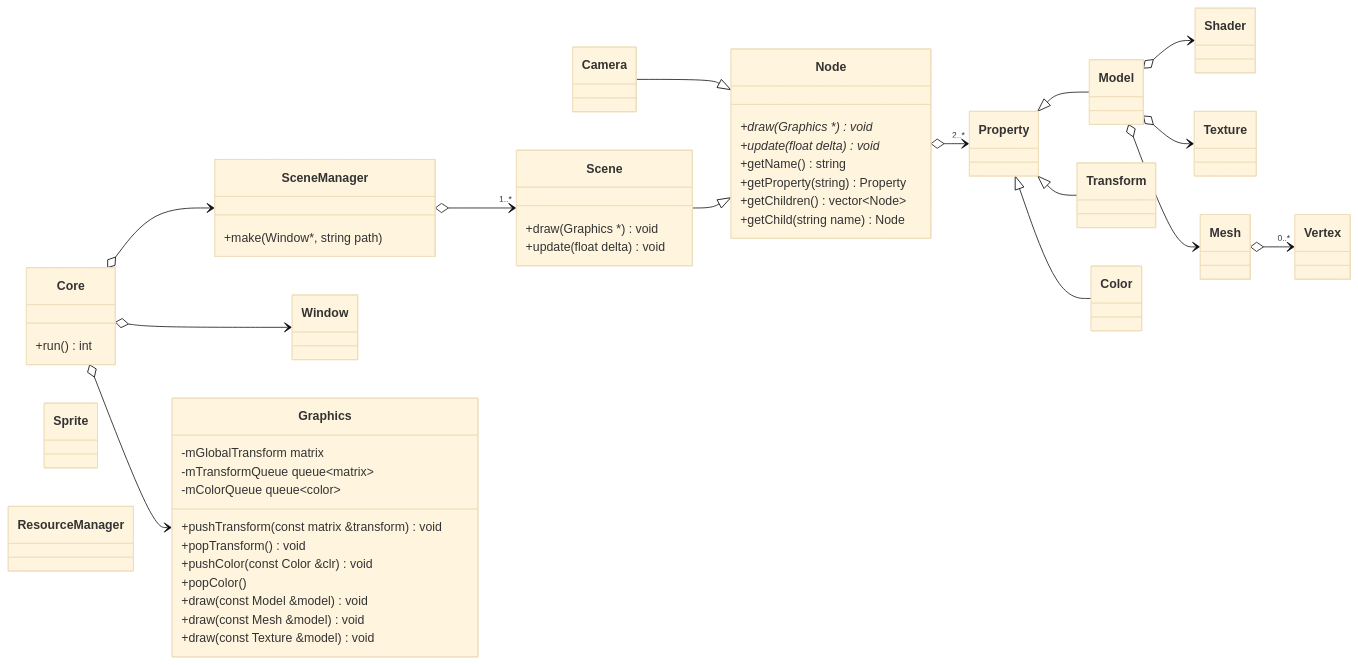
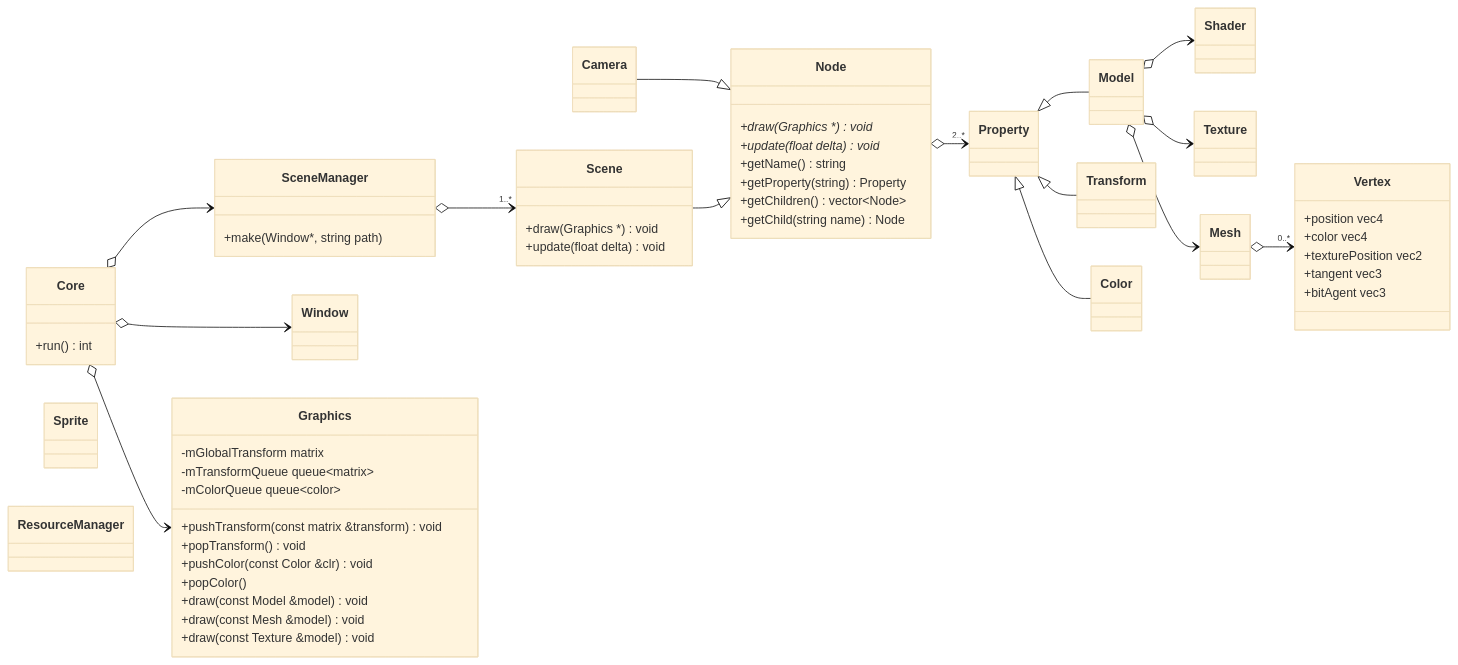
The diagram in README.md (seigtm/meov), drawn with Mermaid (base theme) before and after one commit. The commit also changed 25 other files, not shown here.

````diff
--- a/README.md
+++ b/README.md
@@ -61,75 +7,82 @@
 ```mermaid
 classDiagram
     direction LR
 
     class Core {
         +run() int
     }
 
     class SceneManager {
         +make(Window*, string path)
     }
     class Scene {
         +draw(Graphics *) void
         +update(float delta) void
     }
     class Node {
         +draw(Graphics *)* void
         +update(float delta)* void
 
         +getName() string
         +getProperty(string) Property
         +getChildren() vector~Node~
         +getChild(string name) Node
     }
 
     class Property
 
     class Window
     class Graphics {
         -mGlobalTransform matrix
         -mTransformQueue queue~matrix~
         -mColorQueue queue~color~
 
         +pushTransform(const matrix &transform) void
         +popTransform() void
         +pushColor(const Color &clr) void
         +popColor()
 
         +draw(const Model &model) void
         +draw(const Mesh &model) void
         +draw(const Texture &model) void
     }
 
-    class Vertex
-    class Shader
+    class Vertex {
+        +position vec4
+        +color vec4
+        +texturePosition vec2
+        +tangent vec3
+        +bitAgent vec3
+    }
+    class Shader {
+    }
     class Texture
     class Mesh
     class Model
     class Sprite
 
     class Camera
     class ResourceManager
 
     Model o--> Mesh
     Model o--> Texture
     Model o--> Shader
     Mesh o--> "0..*" Vertex
 
     Property <|-- Model
     Property <|-- Transform
     Property <|-- Color
 
     Node o--> "2..*" Property
     Camera --|> Node
 
     Scene --|> Node
 
     SceneManager o--> "1..*" Scene
 
     Core o--> SceneManager
     Core o--> Window
     Core o--> Graphics
 
 
 ```
````
